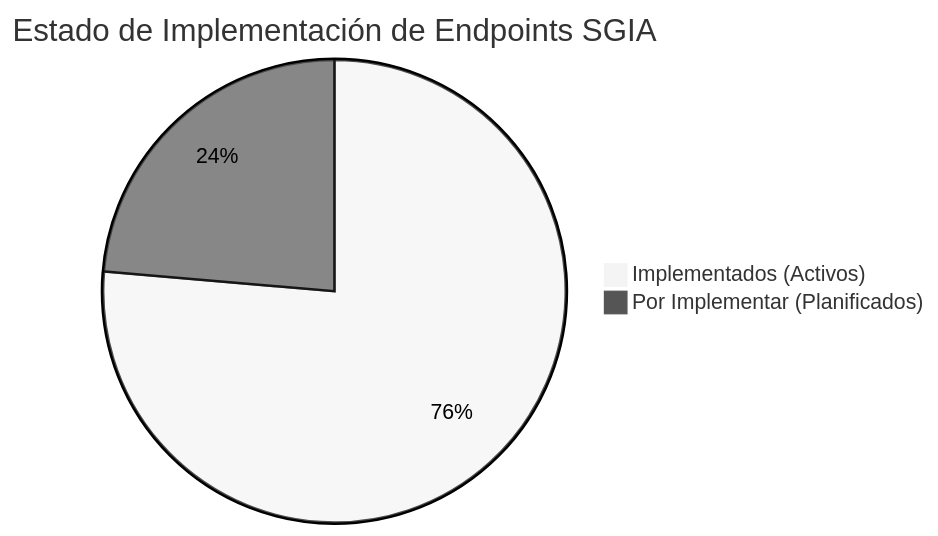
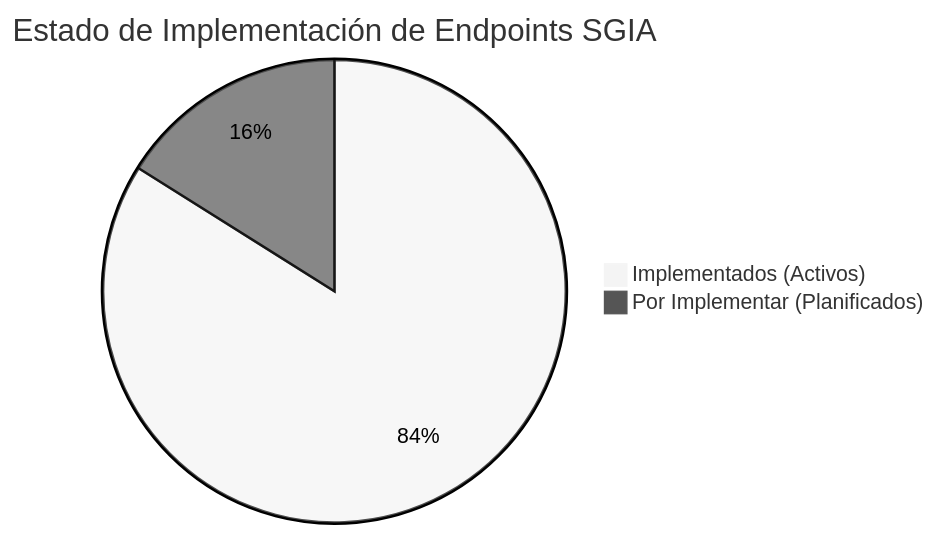
Before and after one commit to victorrubilar-dev/BackEnd-SGIA: the diagram in ENDPOINTS.md, drawn with Mermaid (neutral theme). The commit also changed other lines of this file and 10 other files, not shown here.

````diff
--- a/ENDPOINTS.md
+++ b/ENDPOINTS.md
@@ -205,5 +206,5 @@
 ```mermaid
 pie title Estado de Implementación de Endpoints SGIA
-    "Implementados (Activos)" : 42
-    "Por Implementar (Planificados)" : 13
+    "Implementados (Activos)" : 47
+    "Por Implementar (Planificados)" : 9
 ```
````
